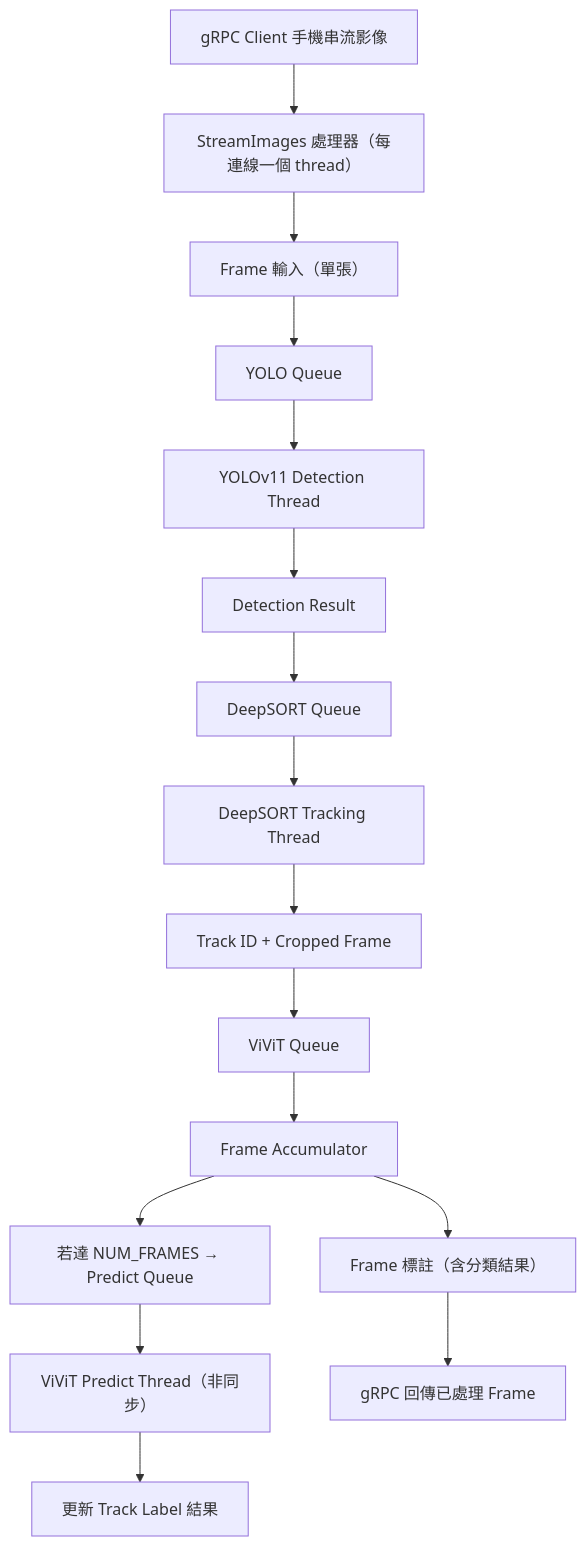
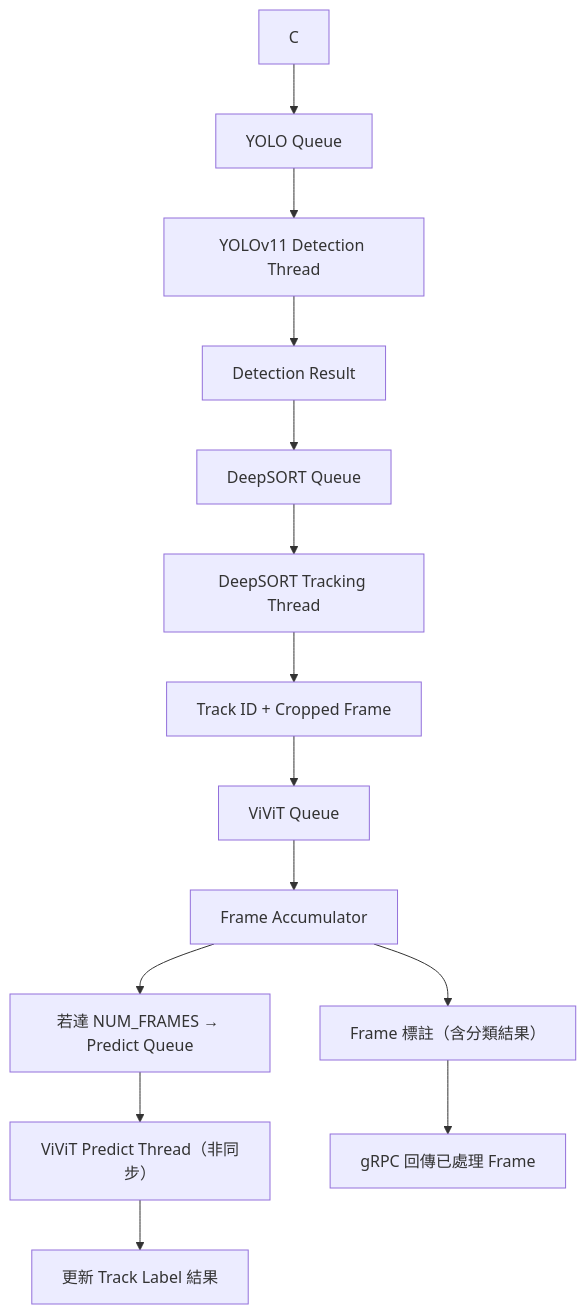
One commit to yaya0719/Cat-State-Detection changed the diagram in README.md. Above: the diagram before and after it, drawn with Mermaid.

````diff
--- a/README.md
+++ b/README.md
@@ -45,24 +45,23 @@
 ```mermaid
 flowchart TD
-    A[gRPC Client 手機串流影像] --> B[StreamImages 處理器（每連線一個 thread）]
-    B --> C[Frame 輸入（單張）]
+
     C --> D[YOLO Queue]
     D --> D1[YOLOv11 Detection Thread]
     D1 --> E[Detection Result]
 
     E --> F[DeepSORT Queue]
     F --> F1[DeepSORT Tracking Thread]
     F1 --> G[Track ID + Cropped Frame]
 
     G --> H[ViViT Queue]
     H --> H1[Frame Accumulator]
     H1 --> I[若達 NUM_FRAMES → Predict Queue]
     I --> J[ViViT Predict Thread（非同步）]
     J --> K[更新 Track Label 結果]
 
     H1 --> L[Frame 標註（含分類結果）]
     L --> M[gRPC 回傳已處理 Frame]
 
 
 
 ```
````
